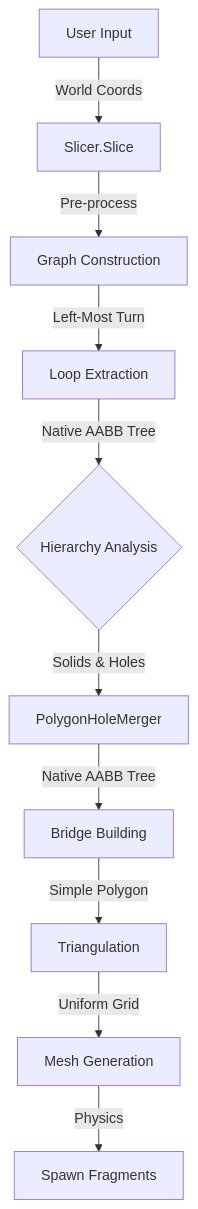
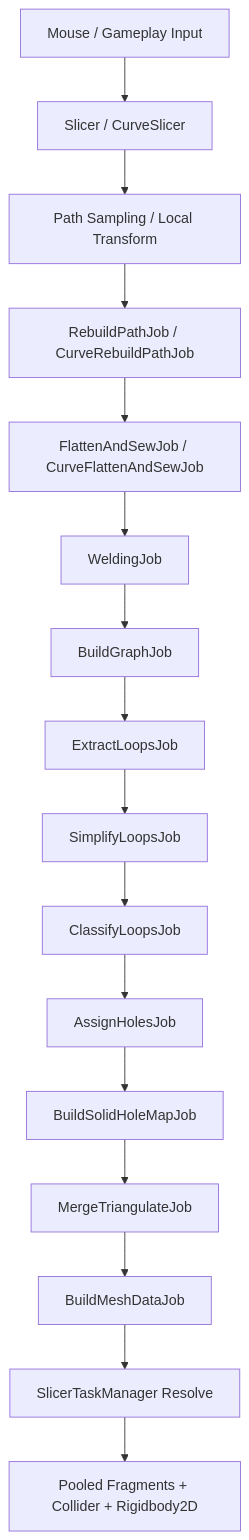
One commit to liberjellyfish/Slicer2D changed the diagram in README.md. Above: the diagram before and after it, drawn with Mermaid. The commit also changed other lines of this file and 1 other file, not shown here.

Commit message:
job-system全流程改造收尾

````diff
--- a/README.md
+++ b/README.md
@@ -65,12 +120,18 @@
 ```mermaid
 graph TD
-    Input[User Input] -->|World Coords| Entry[Slicer.Slice]
-    Entry -->|Pre-process| Graph[Graph Construction]
-    Graph -->|Left-Most Turn| Loops[Loop Extraction]
-    Loops -->|Native AABB Tree| Hierarchy{Hierarchy Analysis}
-    Hierarchy -->|Solids & Holes| Merger[PolygonHoleMerger]
-    Merger -->|Native AABB Tree| Bridge[Bridge Building]
-    Bridge -->|Simple Polygon| Triangulator[Triangulation]
-    Triangulator -->|Uniform Grid| Mesh[Mesh Generation]
-    Mesh -->|Physics| Output[Spawn Fragments]
+    Input[Mouse / Gameplay Input] --> Entry[Slicer / CurveSlicer]
+    Entry --> Sample[Path Sampling / Local Transform]
+    Sample --> Rebuild[RebuildPathJob / CurveRebuildPathJob]
+    Rebuild --> Flatten[FlattenAndSewJob / CurveFlattenAndSewJob]
+    Flatten --> Weld[WeldingJob]
+    Weld --> Graph[BuildGraphJob]
+    Graph --> Loops[ExtractLoopsJob]
+    Loops --> Simplify[SimplifyLoopsJob]
+    Simplify --> Classify[ClassifyLoopsJob]
+    Classify --> Parent[AssignHolesJob]
+    Parent --> Map[BuildSolidHoleMapJob]
+    Map --> Merge[MergeTriangulateJob]
+    Merge --> Mesh[BuildMeshDataJob]
+    Mesh --> Resolve[SlicerTaskManager Resolve]
+    Resolve --> Output[Pooled Fragments + Collider + Rigidbody2D]
 ```
````
